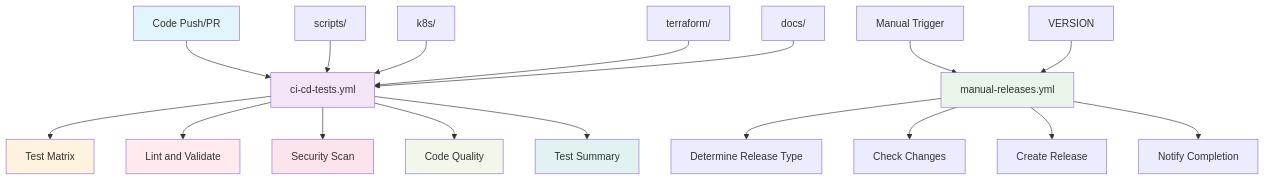
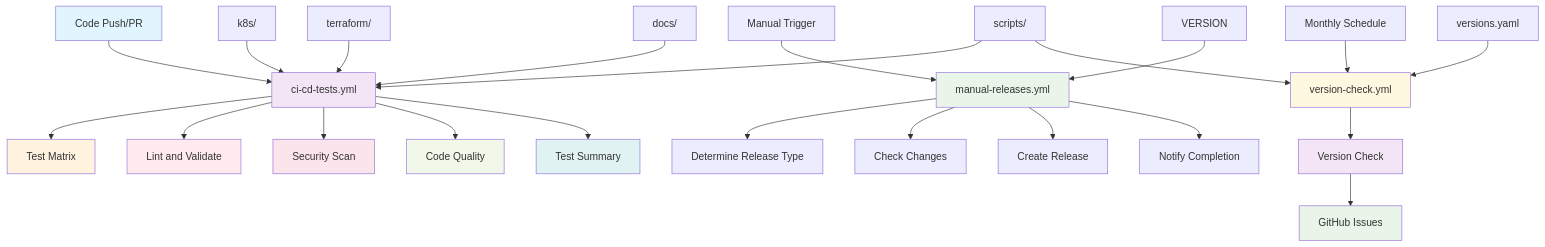
The diagram in .github/workflows/README.md (Jmevorach/openemr-on-eks), drawn with Mermaid before and after one commit. The commit also changed other lines of this file and 15 other files, not shown here.

````diff
--- a/.github/workflows/README.md
+++ b/.github/workflows/README.md
@@ -76,30 +89,39 @@
 ```mermaid
 graph TD
     A[Code Push/PR] --> B[ci-cd-tests.yml]
     B --> C[Test Matrix]
     B --> D[Lint and Validate]
     B --> E[Security Scan]
     B --> F[Code Quality]
     B --> G[Test Summary]
 
     H[Manual Trigger] --> I[manual-releases.yml]
     I --> J[Determine Release Type]
     I --> K[Check Changes]
     I --> L[Create Release]
     I --> M[Notify Completion]
 
-    N[VERSION] --> I
-    O[scripts/] --> B
-    P[k8s/] --> B
-    Q[terraform/] --> B
-    R[docs/] --> B
+    N[Monthly Schedule] --> O[version-check.yml]
+    O --> P[Version Check]
+    P --> Q[GitHub Issues]
+
+    R[VERSION] --> I
+    S[versions.yaml] --> O
+    T[scripts/] --> B
+    T --> O
+    U[k8s/] --> B
+    V[terraform/] --> B
+    W[docs/] --> B
 
     style A fill:#e1f5fe
     style B fill:#f3e5f5
     style I fill:#e8f5e8
+    style O fill:#fff8e1
     style C fill:#fff3e0
     style D fill:#ffebee
     style E fill:#fce4ec
     style F fill:#f1f8e9
     style G fill:#e0f2f1
+    style P fill:#f3e5f5
+    style Q fill:#e8f5e8
 ```
````
